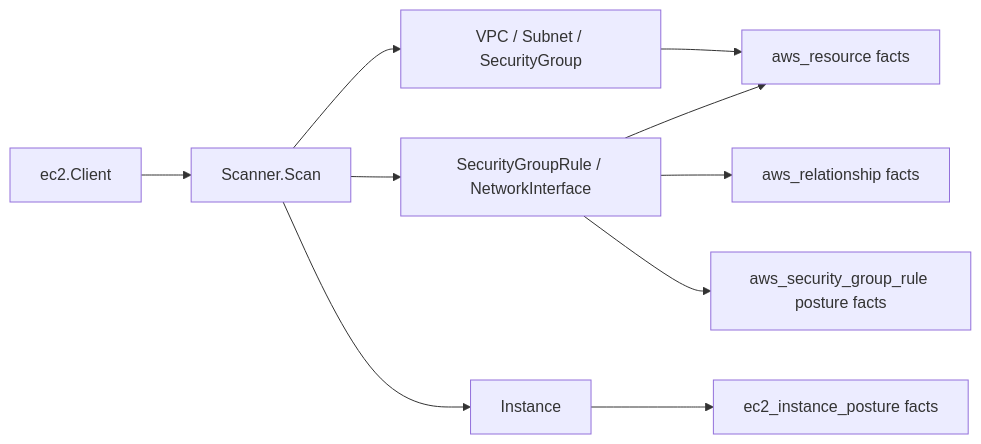
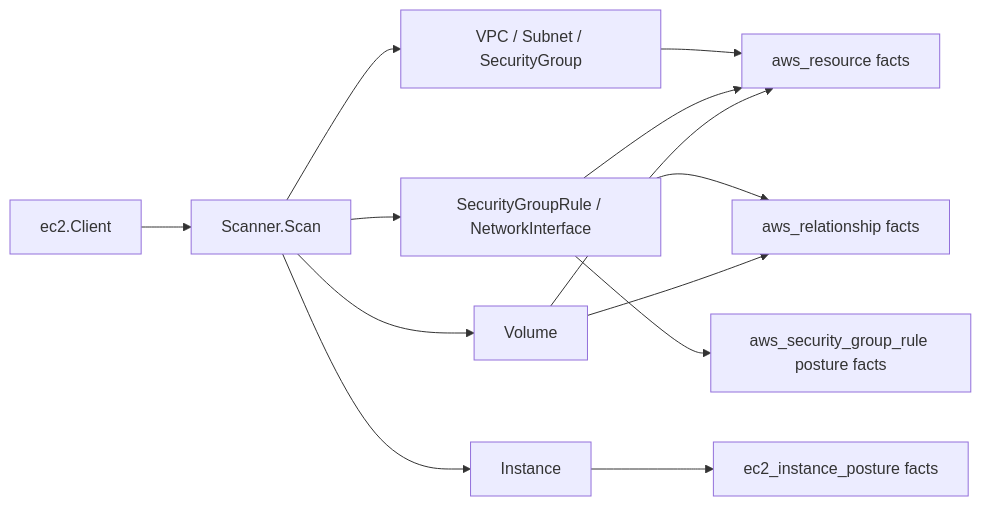
Before and after one commit to eshu-hq/eshu: the diagram in go/internal/collector/awscloud/services/ec2/README.md, drawn with Mermaid. The commit also changed other lines of this file and 26 other files, not shown here.

````diff
--- a/go/internal/collector/awscloud/services/ec2/README.md
+++ b/go/internal/collector/awscloud/services/ec2/README.md
@@ -32,12 +39,15 @@
 ```mermaid
 flowchart LR
   A["ec2.Client"] --> B["Scanner.Scan"]
   B --> C["VPC / Subnet / SecurityGroup"]
   B --> D["SecurityGroupRule / NetworkInterface"]
   B --> H["Instance"]
+  B --> J["Volume"]
   C --> E["aws_resource facts"]
   D --> E
+  J --> E
   D --> F["aws_relationship facts"]
+  J --> F
   D --> G["aws_security_group_rule posture facts"]
   H --> I["ec2_instance_posture facts"]
 ```
````
